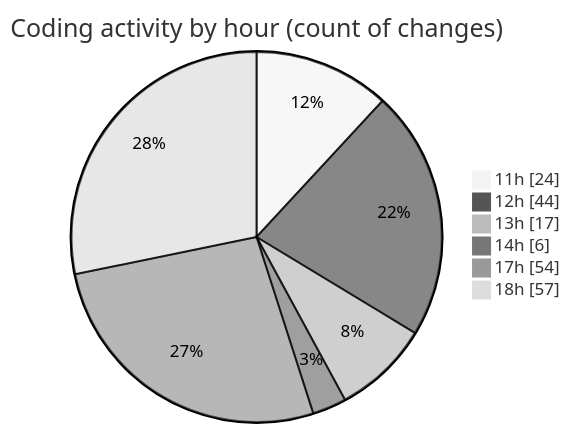
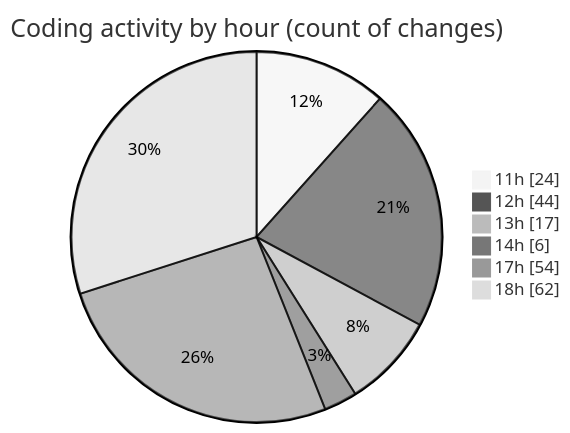
One commit to nxtqubesakshisongat/code-tracking changed the second of 2 diagrams in 2025-05-10/argos-dev/README.md. Above: the diagram before and after it, drawn with Mermaid (neutral theme). The commit also changed other lines of this file and 1 other file, not shown here.

````diff
--- a/2025-05-10/argos-dev/README.md
+++ b/2025-05-10/argos-dev/README.md
@@ -41,10 +41,10 @@
 ```mermaid
 pie showData
 title Coding activity by hour (count of changes)
 "11h" : 24
 "12h" : 44
 "13h" : 17
 "14h" : 6
 "17h" : 54
-"18h" : 57
+"18h" : 62
 ```
````
